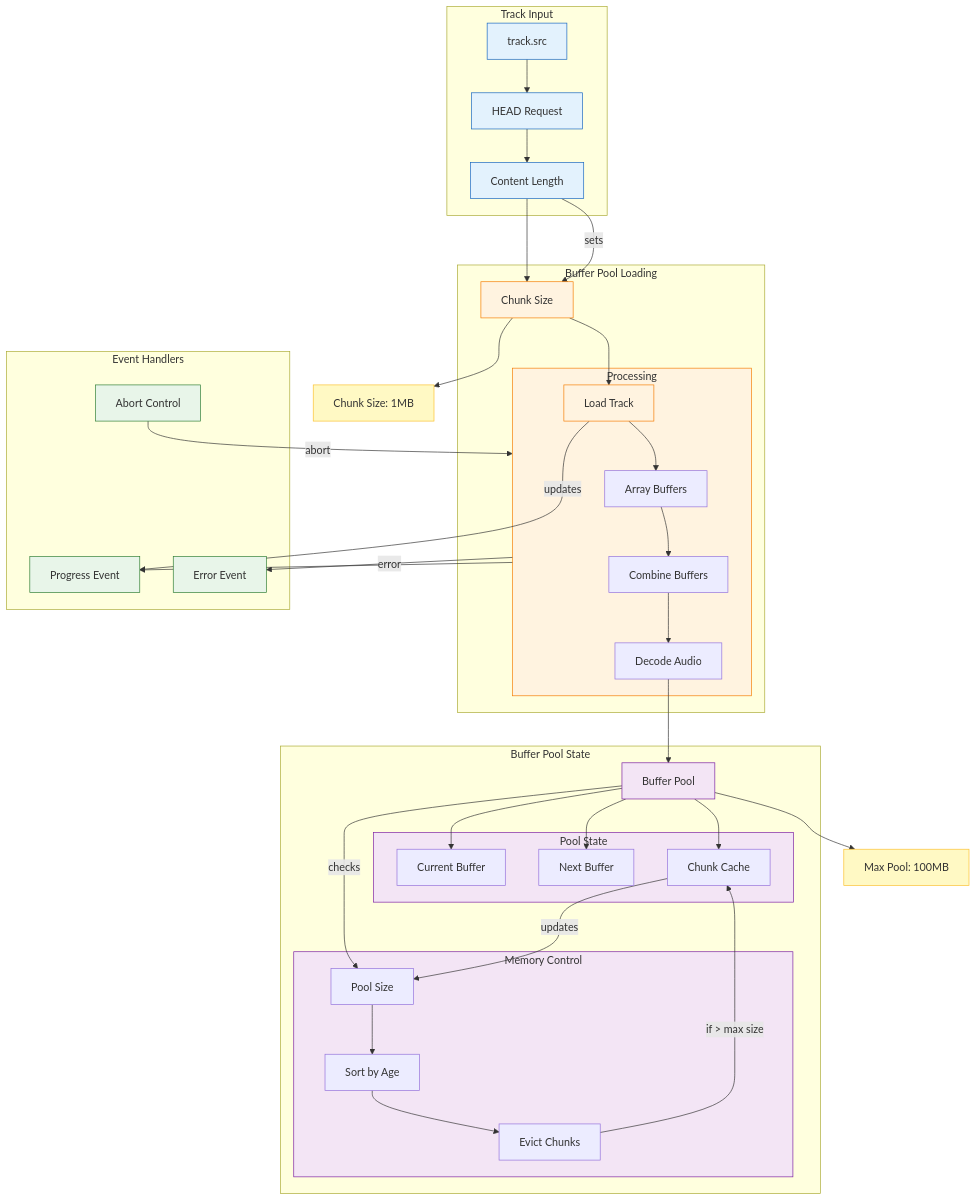
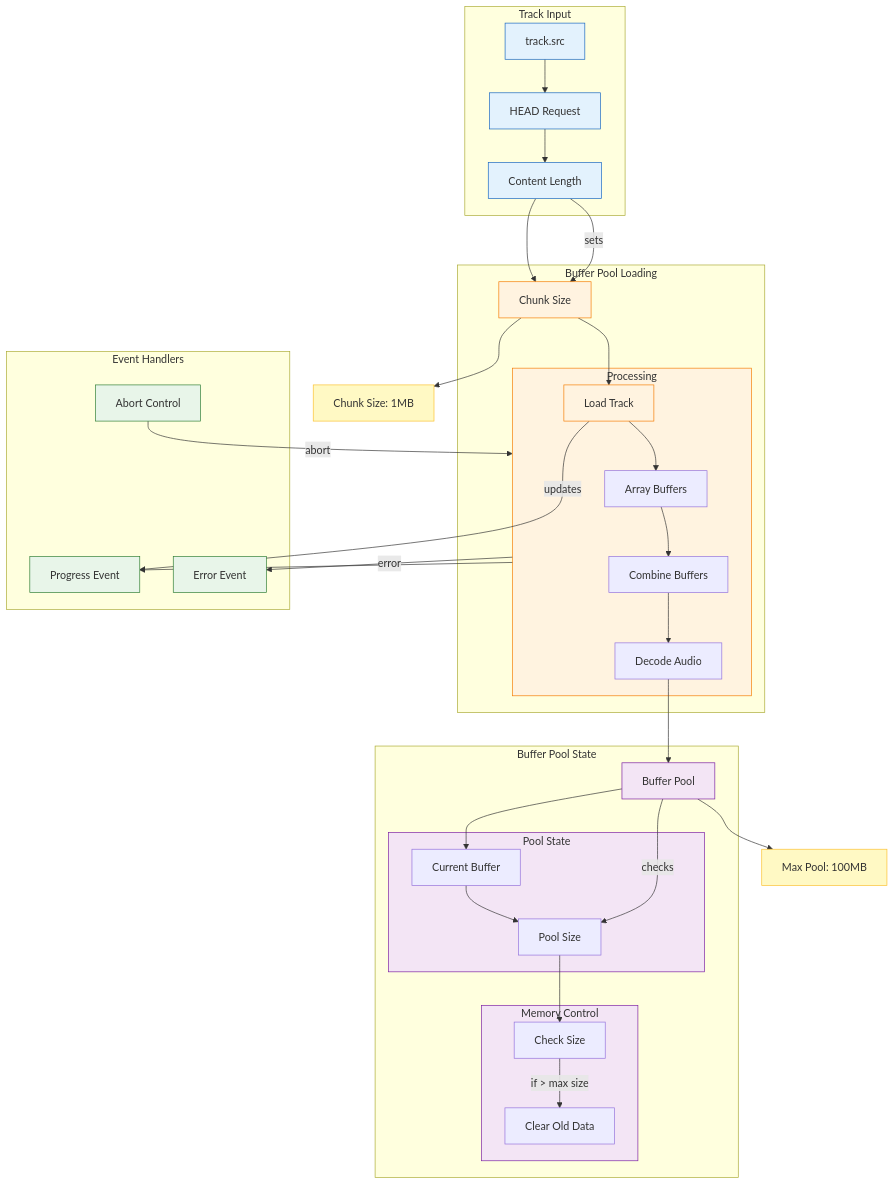
The third of 3 diagrams in docs/wave-player/wave-player-diagrams.md (kalynbeach/kalynbeach-net), drawn with Mermaid before and after one commit. The commit also changed other lines of this file and 6 other files, not shown here.

Commit message:
rewrite buffer-pool and wave-player-context implementations, update wave-player docs

````diff
--- a/docs/wave-player/wave-player-diagrams.md
+++ b/docs/wave-player/wave-player-diagrams.md
@@ -135,79 +135,74 @@
 ```mermaid
 graph TB
     subgraph Input["Track Input"]
         Track["track.src"]
         Track --> Head["HEAD Request"]
         Head --> Length["Content Length"]
     end
 
     subgraph Loading["Buffer Pool Loading"]
         Length --> CS["Chunk Size"]
         CS --> Chunks["Load Track"]
         
         subgraph Process["Processing"]
             Chunks --> AB["Array Buffers"]
             AB --> Combine["Combine Buffers"]
             Combine --> Decode["Decode Audio"]
         end
     end
 
     subgraph Pool["Buffer Pool State"]
         Decode --> BP["Buffer Pool"]
         
         subgraph State["Pool State"]
             Current["Current Buffer"]
-            Next["Next Buffer"]
-            Cache["Chunk Cache"]
+            Size["Pool Size"]
         end
         
         BP --> Current
-        BP --> Next
-        BP --> Cache
+        Current --> Size
 
         subgraph Memory["Memory Control"]
-            Size["Pool Size"]
-            Sort["Sort by Age"]
-            Evict["Evict Chunks"]
+            Check["Check Size"]
+            Clear["Clear Old Data"]
             
-            Size --> Sort
-            Sort --> Evict
-            Evict --> |"if > max size"| Cache
+            Size --> Check
+            Check --> |"if > max size"| Clear
         end
     end
 
     subgraph Events["Event Handlers"]
         Progress["Progress Event"]
         Error["Error Event"]
         Abort["Abort Control"]
         
         Process --> Progress
         Process --> |"error"| Error
         Abort --> |"abort"| Process
     end
 
     %% Relationships
     Length --> |"sets"| CS
     Chunks --> |"updates"| Progress
     BP --> |"checks"| Size
-    Cache --> |"updates"| Size
 
     %% Styling
     classDef input fill:#e3f2fd,stroke:#1565c0
     classDef loading fill:#fff3e0,stroke:#f57c00
     classDef pool fill:#f3e5f5,stroke:#7b1fa2
     classDef events fill:#e8f5e9,stroke:#2e7d32
 
     class Track,Head,Length input
     class CS,Chunks,Process loading
     class BP,State,Memory pool
     class Progress,Error,Abort events
 
     %% Notes
     note["Chunk Size: 1MB"]
     note2["Max Pool: 100MB"]
     CS --> note
     BP --> note2
 
     style note fill:#fff9c4,stroke:#fbc02d
     style note2 fill:#fff9c4,stroke:#fbc02d
 ```
````
